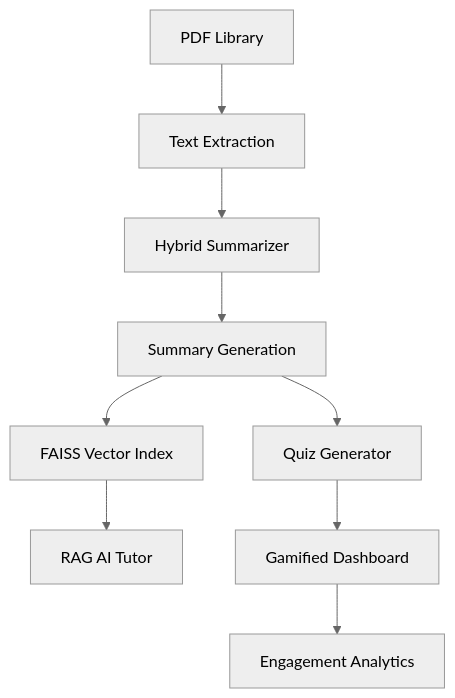
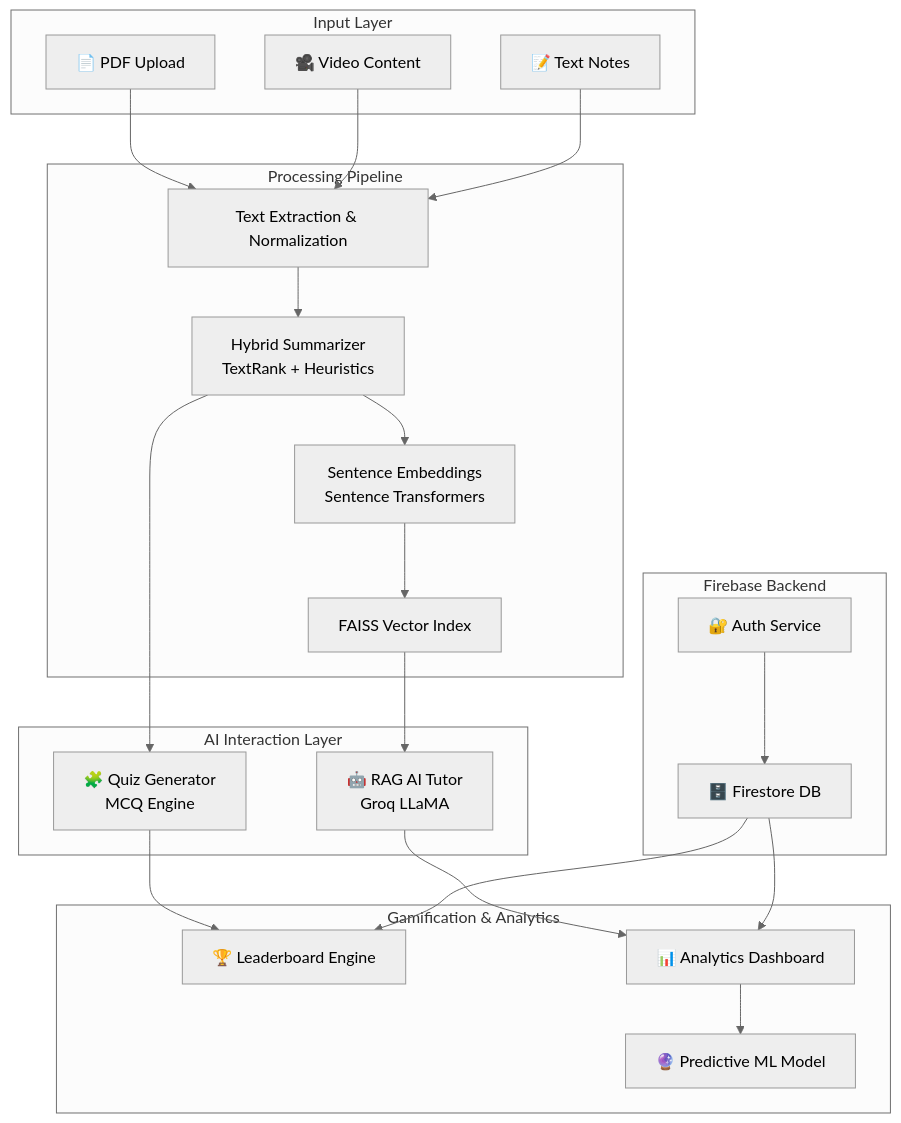
Before and after one commit to siddhart3000/Jigyasa-AI-Learning-Platform: the diagram in README.md, drawn with Mermaid (neutral theme). The commit also changed other lines of this file, not shown here.

````diff
--- a/README.md
+++ b/README.md
@@ -41,11 +185,46 @@
 ```mermaid
 graph TD
-    A[PDF Library] --> B[Text Extraction]
-    B --> C[Hybrid Summarizer]
-    C --> D[Summary Generation]
-    D --> E[FAISS Vector Index]
-    E --> F[RAG AI Tutor]
-    D --> G[Quiz Generator]
-    G --> H[Gamified Dashboard]
-    H --> I[Engagement Analytics]
+    subgraph "Input Layer"
+        A[📄 PDF Upload]
+        B[🎥 Video Content]
+        C[📝 Text Notes]
+    end
+
+    subgraph "Processing Pipeline"
+        D[Text Extraction & Normalization]
+        E[Hybrid Summarizer\nTextRank + Heuristics]
+        F[Sentence Embeddings\nSentence Transformers]
+        G[FAISS Vector Index]
+    end
+
+    subgraph "AI Interaction Layer"
+        H[🤖 RAG AI Tutor\nGroq LLaMA]
+        I[🧩 Quiz Generator\nMCQ Engine]
+    end
+
+    subgraph "Firebase Backend"
+        J[🔐 Auth Service]
+        K[🗄️ Firestore DB]
+    end
+
+    subgraph "Gamification & Analytics"
+        L[🏆 Leaderboard Engine]
+        M[📊 Analytics Dashboard]
+        N[🔮 Predictive ML Model]
+    end
+
+    A --> D
+    B --> D
+    C --> D
+    D --> E
+    E --> F
+    F --> G
+    G --> H
+    E --> I
+    I --> L
+    H --> M
+    J --> K
+    K --> L
+    K --> M
+    M --> N
 ```
````
